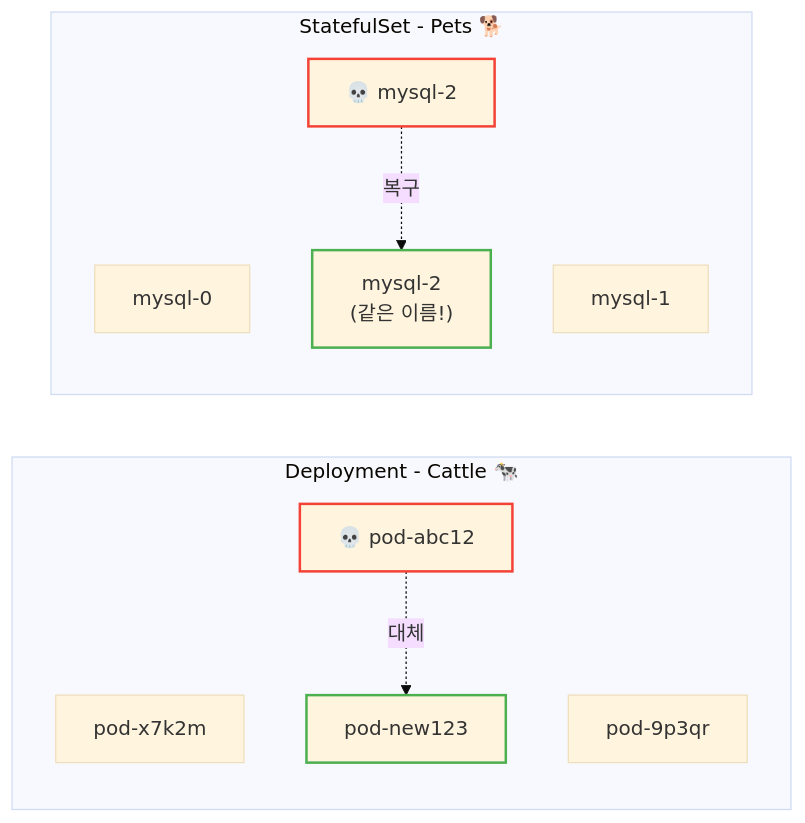
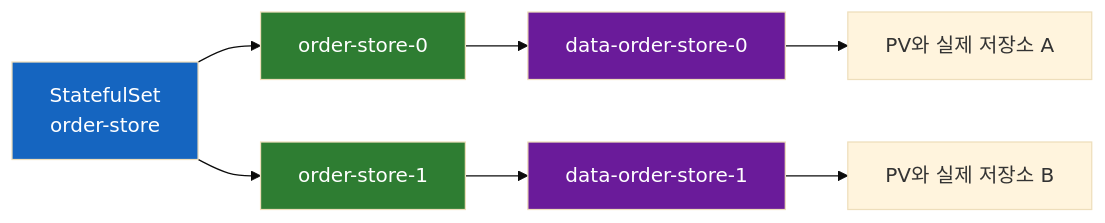
The diagram in kubernetes/Kubernetes-StatefulSet.md (sskim91/TIL), drawn with Mermaid (base theme) before and after one commit. The commit also changed other lines of this file and 39 other files, not shown here.

````diff
--- a/kubernetes/Kubernetes-StatefulSet.md
+++ b/kubernetes/Kubernetes-StatefulSet.md
@@ -43,21 +50,14 @@
 ```mermaid
 flowchart LR
-    subgraph "Deployment - Cattle 🐄"
-        C1["pod-x7k2m"]
-        C2["pod-9p3qr"]
-        C3["💀 pod-abc12"]
-        C3 -.->|"대체"| C4["pod-new123"]
-    end
-
-    subgraph "StatefulSet - Pets 🐕"
-        P1["mysql-0"]
-        P2["mysql-1"]
-        P3["💀 mysql-2"]
-        P3 -.->|"복구"| P3R["mysql-2<br>(같은 이름!)"]
-    end
-
-    style C3 stroke:#f44336,stroke-width:2px
-    style P3 stroke:#f44336,stroke-width:2px
-    style C4 stroke:#4CAF50,stroke-width:2px
-    style P3R stroke:#4CAF50,stroke-width:2px
+    S["StatefulSet<br>order-store"] --> P0["order-store-0"]
+    S --> P1["order-store-1"]
+    P0 --> C0["data-order-store-0"]
+    P1 --> C1["data-order-store-1"]
+    C0 --> V0["PV와 실제 저장소 A"]
+    C1 --> V1["PV와 실제 저장소 B"]
+    style S fill:#1565C0,color:#fff
+    style P0 fill:#2E7D32,color:#fff
+    style P1 fill:#2E7D32,color:#fff
+    style C0 fill:#6A1B9A,color:#fff
+    style C1 fill:#6A1B9A,color:#fff
 ```
````
